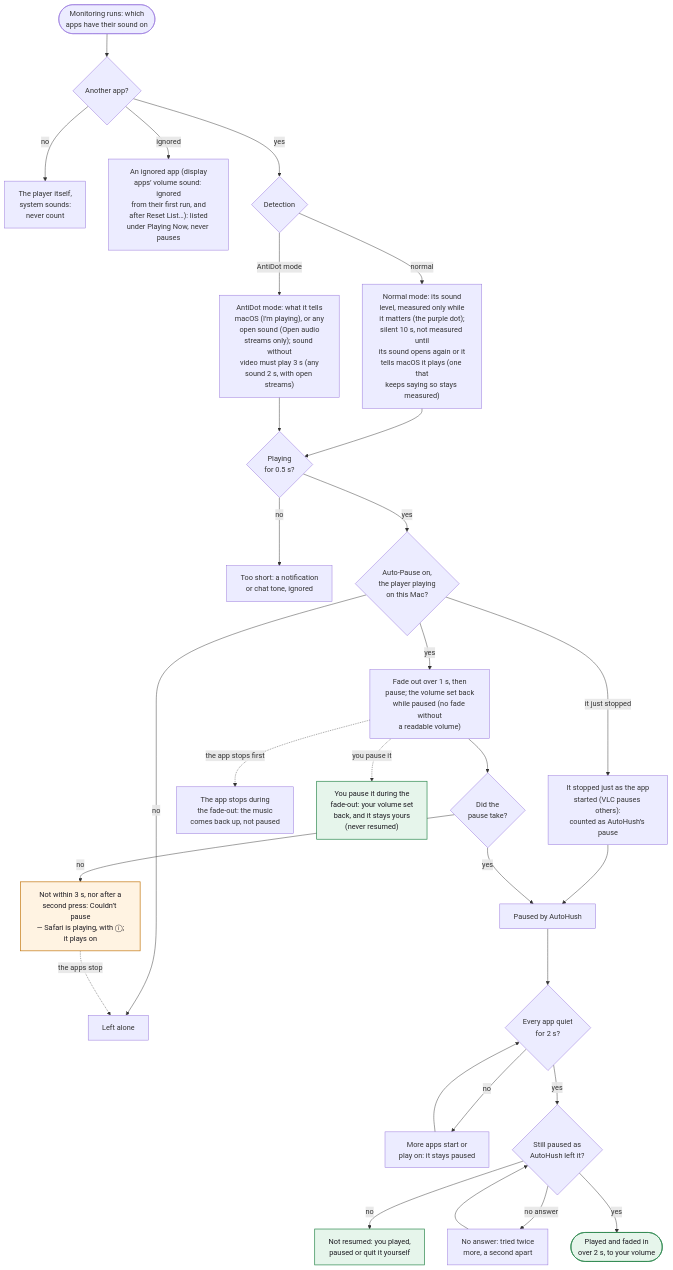
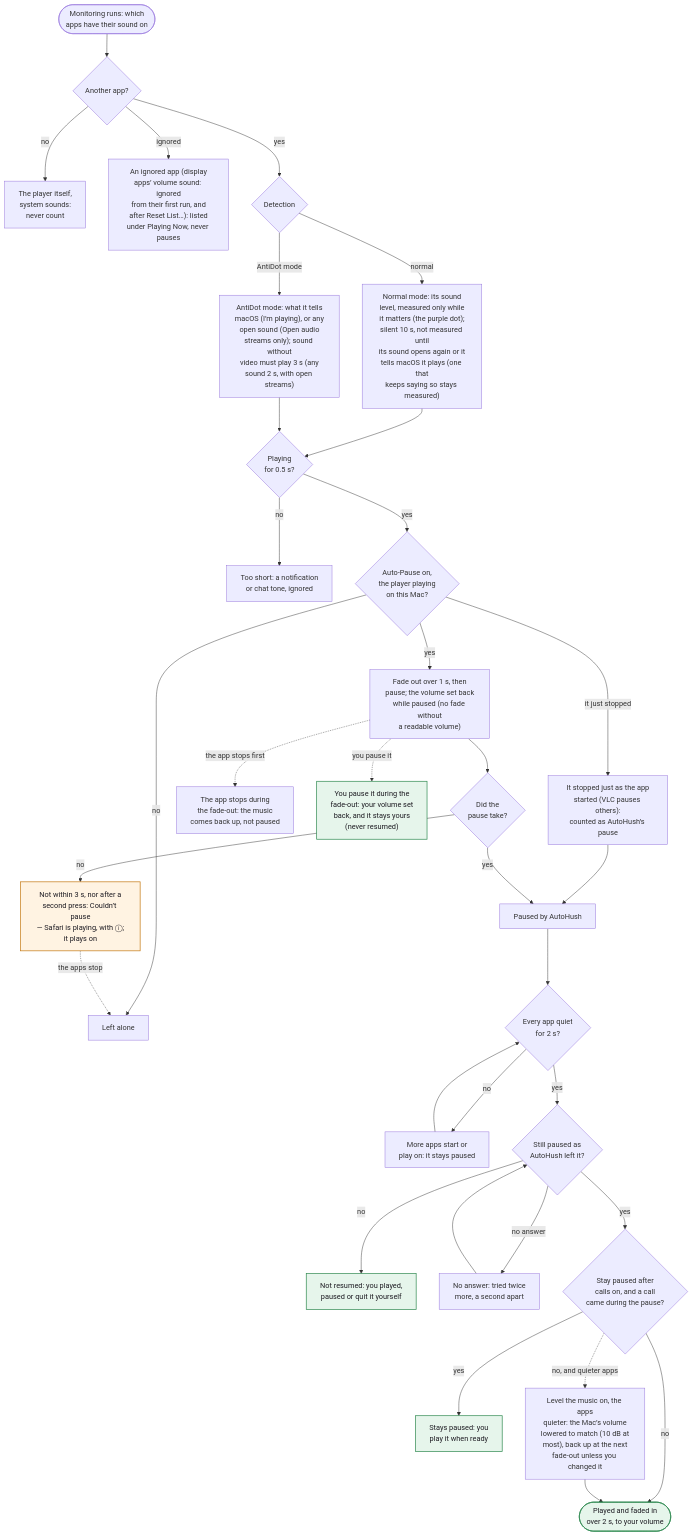
The third of 14 diagrams in WORKFLOWS.md (hfustercabre/AutoHush), drawn with Mermaid before and after one commit. The commit also changed other lines of this file and 37 other files, not shown here.

First line of the commit message:
feat: Settings → Advanced: Level the music and Stay paused after calls

````diff
--- a/WORKFLOWS.md
+++ b/WORKFLOWS.md
@@ -136,56 +136,62 @@
 ```mermaid
 flowchart TD
   S(["Monitoring runs: which<br/>apps have their sound on"])
   F{"Another app?"}
   OWN["The player itself,<br/>system sounds:<br/>never count"]
   IGN["An ignored app (display<br/>apps’ volume sound: ignored<br/>from their first run, and<br/>after Reset List…): listed<br/>under Playing Now, never pauses"]
   DM{"Detection"}
   NORM["Normal mode: its sound<br/>level, measured only while<br/>it matters (the purple dot);<br/>silent 10 s, not measured until<br/>its sound opens again or it<br/>tells macOS it plays (one that<br/>keeps saying so stays measured)"]
   ANTI["AntiDot mode: what it tells<br/>macOS (I’m playing), or any<br/>open sound (Open audio<br/>streams only); sound without<br/>video must play 3 s (any<br/>sound 2 s, with open streams)"]
   T{"Playing<br/>for 0.5 s?"}
   TONE["Too short: a notification<br/>or chat tone, ignored"]
   AP{"Auto-Pause on,<br/>the player playing<br/>on this Mac?"}
   LEFT["Left alone"]
   TOOK["It stopped just as the app<br/>started (VLC pauses others):<br/>counted as AutoHush’s pause"]
   FO["Fade out over 1 s, then<br/>pause; the volume set back<br/>while paused (no fade without<br/>a readable volume)"]
   BACK["The app stops during<br/>the fade-out: the music<br/>comes back up, not paused"]
   YOURS["You pause it during the<br/>fade-out: your volume set<br/>back, and it stays yours<br/>(never resumed)"]
   PC{"Did the<br/>pause take?"}
   FAIL["Not within 3 s, nor after a<br/>second press: Couldn’t pause<br/>— Safari is playing, with ⓘ;<br/>it plays on"]
   PA["Paused by AutoHush"]
   Q{"Every app quiet<br/>for 2 s?"}
   MORE["More apps start or<br/>play on: it stays paused"]
   CHK{"Still paused as<br/>AutoHush left it?"}
   USER["Not resumed: you played,<br/>paused or quit it yourself"]
   RETRY["No answer: tried twice<br/>more, a second apart"]
+  CALL{"Stay paused after<br/>calls on, and a call<br/>came during the pause?"}
+  STAY["Stays paused: you<br/>play it when ready"]
+  LVL["Level the music on, the apps<br/>quieter: the Mac’s volume<br/>lowered to match (10 dB at<br/>most), back up at the next<br/>fade-out unless you changed it"]
   FI(["Played and faded in<br/>over 2 s, to your volume"])
 
   S --> F
   F -->|"no"| OWN
   F -->|"ignored"| IGN
   F -->|"yes"| DM
   DM -->|"normal"| NORM --> T
   DM -->|"AntiDot mode"| ANTI --> T
   T -->|"no"| TONE
   T -->|"yes"| AP
   AP -->|"no"| LEFT
   AP -->|"it just stopped"| TOOK --> PA
   AP -->|"yes"| FO
   FO -.->|"the app stops first"| BACK
   FO -.->|"you pause it"| YOURS
   FO --> PC
   PC -->|"no"| FAIL
   PC -->|"yes"| PA
   FAIL -.->|"the apps stop"| LEFT
   PA --> Q
   Q -->|"no"| MORE --> Q
   Q -->|"yes"| CHK
   CHK -->|"no"| USER
   CHK -->|"no answer"| RETRY --> CHK
-  CHK -->|"yes"| FI
+  CHK -->|"yes"| CALL
+  CALL -->|"yes"| STAY
+  CALL -->|"no"| FI
+  CALL -.->|"no, and quieter apps"| LVL --> FI
 
   class FAIL warn
-  class FI,USER,YOURS done
+  class FI,USER,YOURS,STAY done
   classDef warn fill:#fff3e2,stroke:#c47812,stroke-width:1.5px,color:#1d1b22
   classDef done fill:#e6f5eb,stroke:#2f8a50,stroke-width:1.5px,color:#1d1b22
 ```
````
